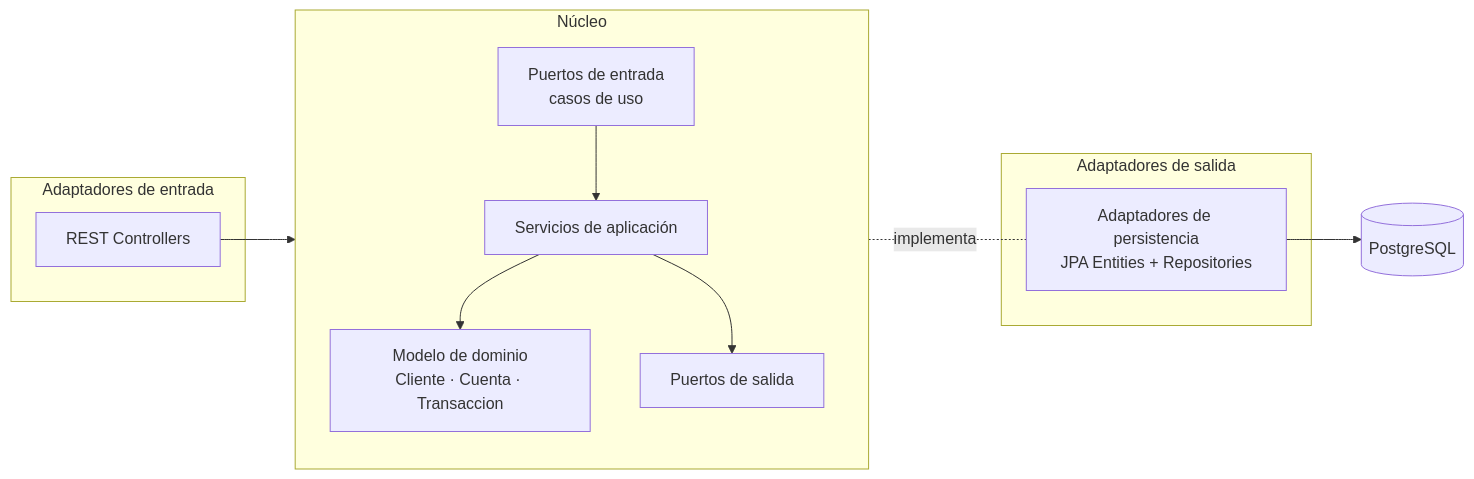
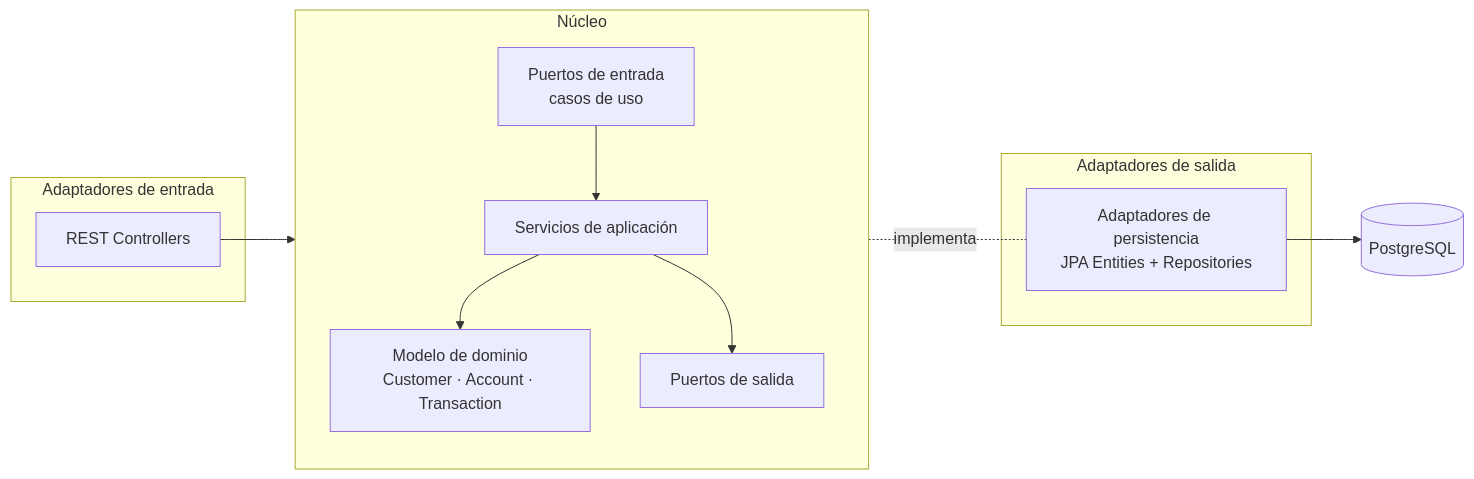
One commit to Sofialjure/prueba-tecnica-entidad-financiera changed the second of 3 diagrams in docs/02-arquitectura.md. Above: the diagram before and after it, drawn with Mermaid. The commit also changed other lines of this file and 8 other files, not shown here.

````diff
--- a/docs/02-arquitectura.md
+++ b/docs/02-arquitectura.md
@@ -22,18 +22,18 @@
 ```mermaid
 flowchart LR
     subgraph IN[Adaptadores de entrada]
         C[REST Controllers]
     end
     subgraph CORE[Núcleo]
         direction TB
         PI[Puertos de entrada<br/>casos de uso] --> S[Servicios de aplicación]
-        S --> D[Modelo de dominio<br/>Cliente · Cuenta · Transaccion]
+        S --> D[Modelo de dominio<br/>Customer · Account · Transaction]
         S --> PO[Puertos de salida]
     end
     subgraph OUT[Adaptadores de salida]
         R[Adaptadores de persistencia<br/>JPA Entities + Repositories]
     end
     C --> PI
     PO -. implementa .- R
     R --> DB[(PostgreSQL)]
 ```
````
